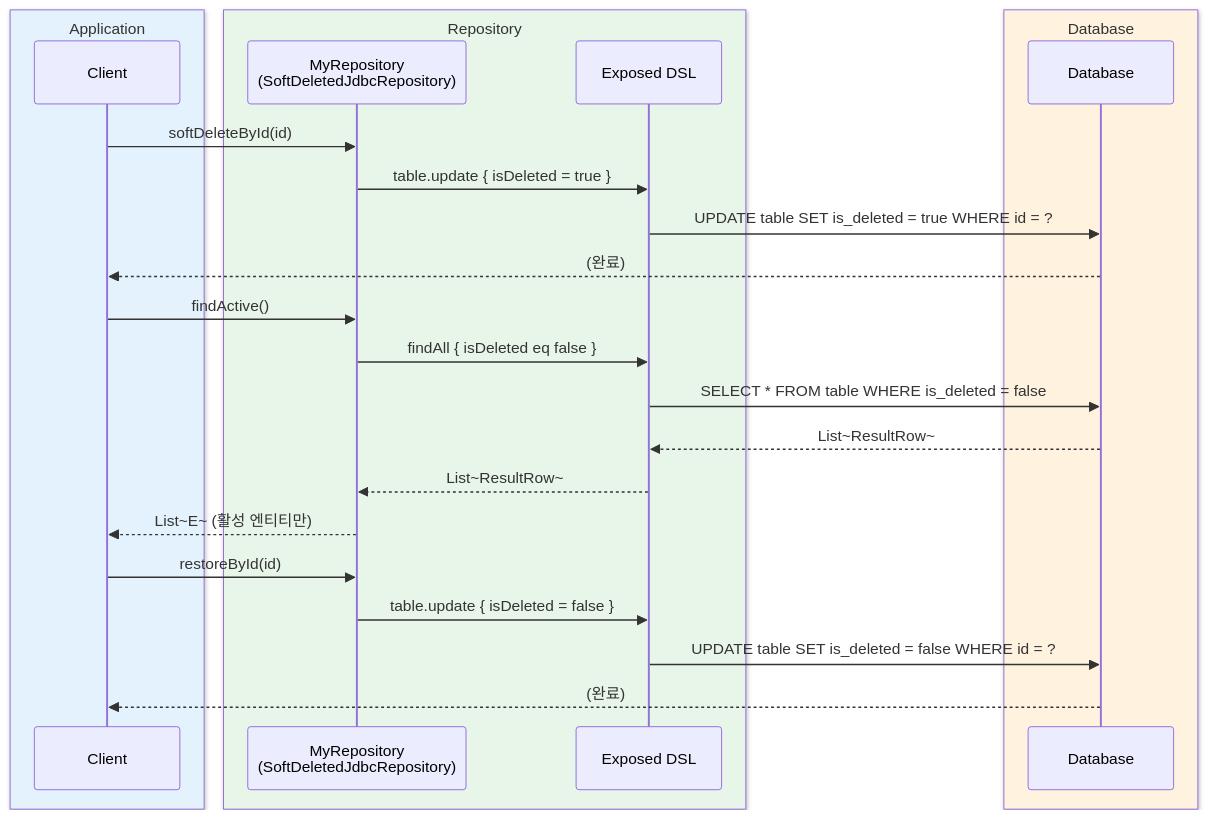
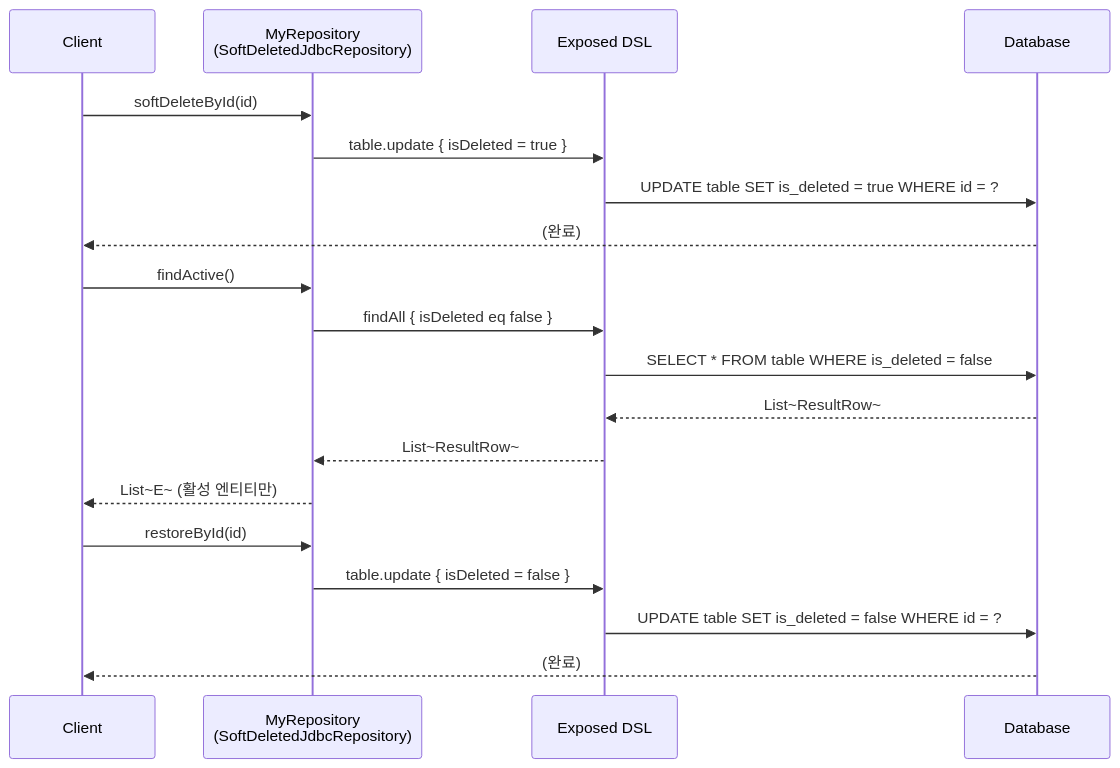
One commit to bluetape4k/bluetape4k-projects changed the sixth of 6 diagrams in data/exposed-jdbc/README.ko.md. Above: the diagram before and after it, drawn with Mermaid. The commit also changed other lines of this file and 219 other files, not shown here.

First line of the commit message:
docs: 전체 README Mermaid 다이어그램 가이드 적용

````diff
--- a/data/exposed-jdbc/README.ko.md
+++ b/data/exposed-jdbc/README.ko.md
@@ -605,27 +587,21 @@
 ```mermaid
 sequenceDiagram
-    box rgb(227, 242, 253) Application
         participant Client
-    end
-    box rgb(232, 245, 233) Repository
         participant Repository as MyRepository<br/>(SoftDeletedJdbcRepository)
         participant Exposed as Exposed DSL
-    end
-    box rgb(255, 243, 224) Database
         participant DB as Database
-    end
     Client ->> Repository: softDeleteById(id)
     Repository ->> Exposed: table.update { isDeleted = true }
     Exposed ->> DB: UPDATE table SET is_deleted = true WHERE id = ?
     DB -->> Client: (완료)
     Client ->> Repository: findActive()
     Repository ->> Exposed: findAll { isDeleted eq false }
     Exposed ->> DB: SELECT * FROM table WHERE is_deleted = false
     DB -->> Exposed: List~ResultRow~
     Exposed -->> Repository: List~ResultRow~
     Repository -->> Client: List~E~ (활성 엔티티만)
     Client ->> Repository: restoreById(id)
     Repository ->> Exposed: table.update { isDeleted = false }
     Exposed ->> DB: UPDATE table SET is_deleted = false WHERE id = ?
     DB -->> Client: (완료)
 ```
````
